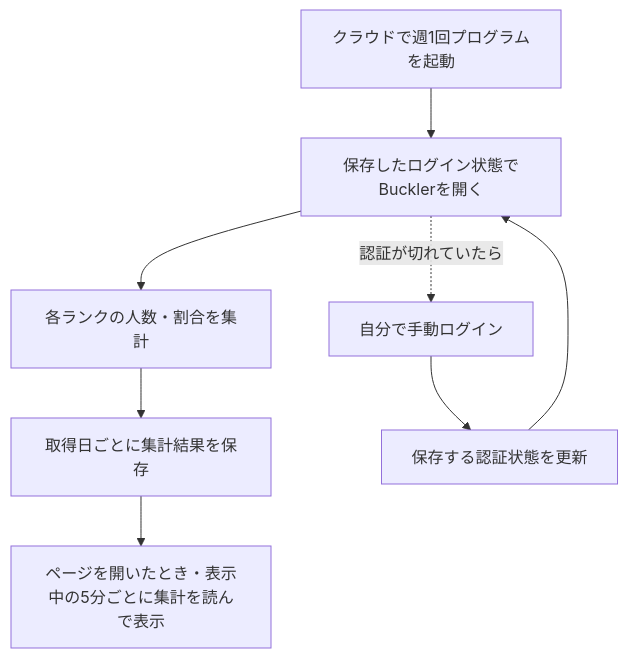
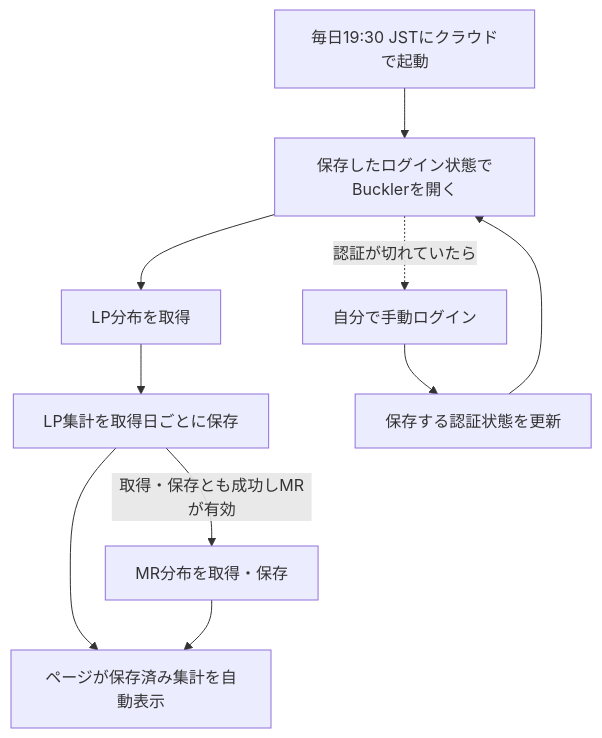
Before and after one commit to gonchiman/sf6: the diagram in docs/rank-distribution/weekly-collection-flow.md, drawn with Mermaid. The commit also changed other lines of this file and 8 other files, not shown here.

Commit message:
Collect LP and MR distributions daily in sequence

````diff
--- a/docs/rank-distribution/weekly-collection-flow.md
+++ b/docs/rank-distribution/weekly-collection-flow.md
@@ -13,10 +13,12 @@
 ```mermaid
 flowchart TD
-    A["クラウドで週1回プログラムを起動"] --> B["保存したログイン状態でBucklerを開く"]
-    B --> C["各ランクの人数・割合を集計"]
-    C --> D["取得日ごとに集計結果を保存"]
-    D --> E["ページを開いたとき・表示中の5分ごとに集計を読んで表示"]
+    A["毎日19:30 JSTにクラウドで起動"] --> B["保存したログイン状態でBucklerを開く"]
+    B --> C["LP分布を取得"]
+    C --> D["LP集計を取得日ごとに保存"]
+    D --> E["ページが保存済み集計を自動表示"]
+    D -->|"取得・保存とも成功しMRが有効"| H["MR分布を取得・保存"]
+    H --> E
     B -. "認証が切れていたら" .-> F["自分で手動ログイン"]
     F --> G["保存する認証状態を更新"]
     G --> B
 ```
````
